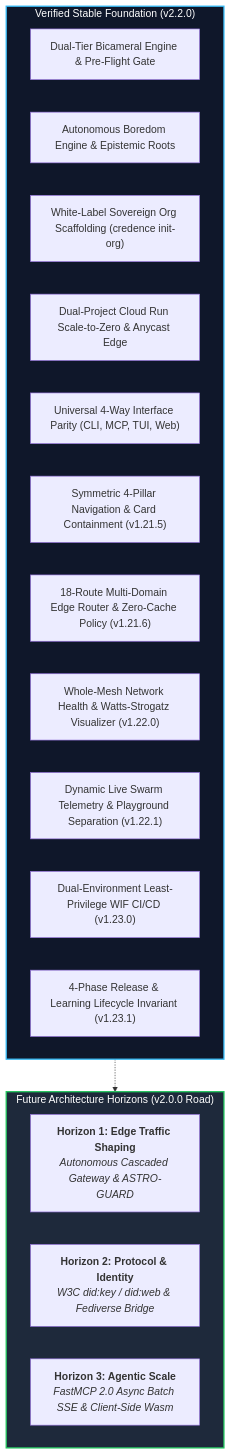
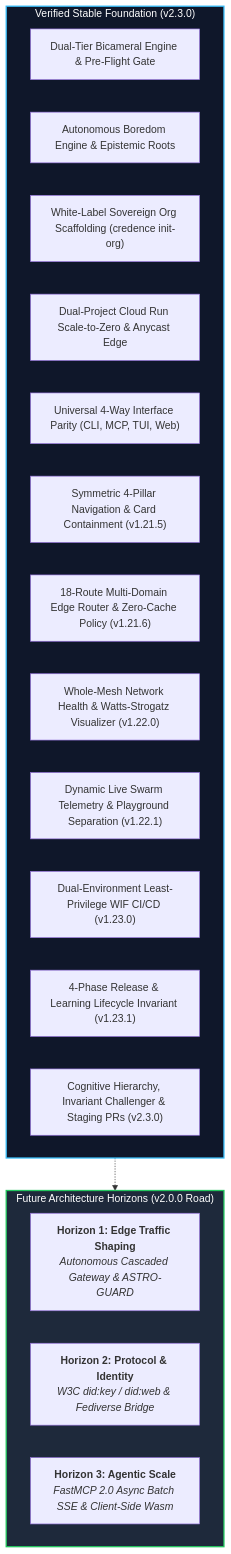
The diagram in docs/roadmap.md (artibyrd/credence-docs), drawn with Mermaid before and after one commit. The commit also changed other lines of this file and 3 other files, not shown here.

````diff
--- a/docs/roadmap.md
+++ b/docs/roadmap.md
@@ -32,30 +32,31 @@
 ```mermaid
 flowchart TD
-    subgraph Foundation["Verified Stable Foundation (v2.2.0)"]
+    subgraph Foundation["Verified Stable Foundation (v2.3.0)"]
         F1["Dual-Tier Bicameral Engine & Pre-Flight Gate"]
         F2["Autonomous Boredom Engine & Epistemic Roots"]
         F3["White-Label Sovereign Org Scaffolding (credence init-org)"]
         F4["Dual-Project Cloud Run Scale-to-Zero & Anycast Edge"]
         F5["Universal 4-Way Interface Parity (CLI, MCP, TUI, Web)"]
         F6["Symmetric 4-Pillar Navigation & Card Containment (v1.21.5)"]
         F7["18-Route Multi-Domain Edge Router & Zero-Cache Policy (v1.21.6)"]
         F8["Whole-Mesh Network Health & Watts-Strogatz Visualizer (v1.22.0)"]
         F9["Dynamic Live Swarm Telemetry & Playground Separation (v1.22.1)"]
         F10["Dual-Environment Least-Privilege WIF CI/CD (v1.23.0)"]
         F11["4-Phase Release & Learning Lifecycle Invariant (v1.23.1)"]
+        F12["Cognitive Hierarchy, Invariant Challenger & Staging PRs (v2.3.0)"]
     end
 
 
     subgraph Horizons["Future Architecture Horizons (v2.0.0 Road)"]
         H1["<b>Horizon 1: Edge Traffic Shaping</b><br/><i>Autonomous Cascaded Gateway & ASTRO-GUARD</i>"]
         H2["<b>Horizon 2: Protocol & Identity</b><br/><i>W3C did:key / did:web & Fediverse Bridge</i>"]
         H3["<b>Horizon 3: Agentic Scale</b><br/><i>FastMCP 2.0 Async Batch SSE & Client-Side Wasm</i>"]
     end
 
     Foundation -.-> Horizons
 
     classDef darkSlate fill:#0f172a,stroke:#38bdf8,stroke-width:2px,color:#fff;
     classDef highlight fill:#1e293b,stroke:#22c55e,stroke-width:2px,color:#fff;
     class Foundation darkSlate;
     class Horizons highlight;
 ```
````
